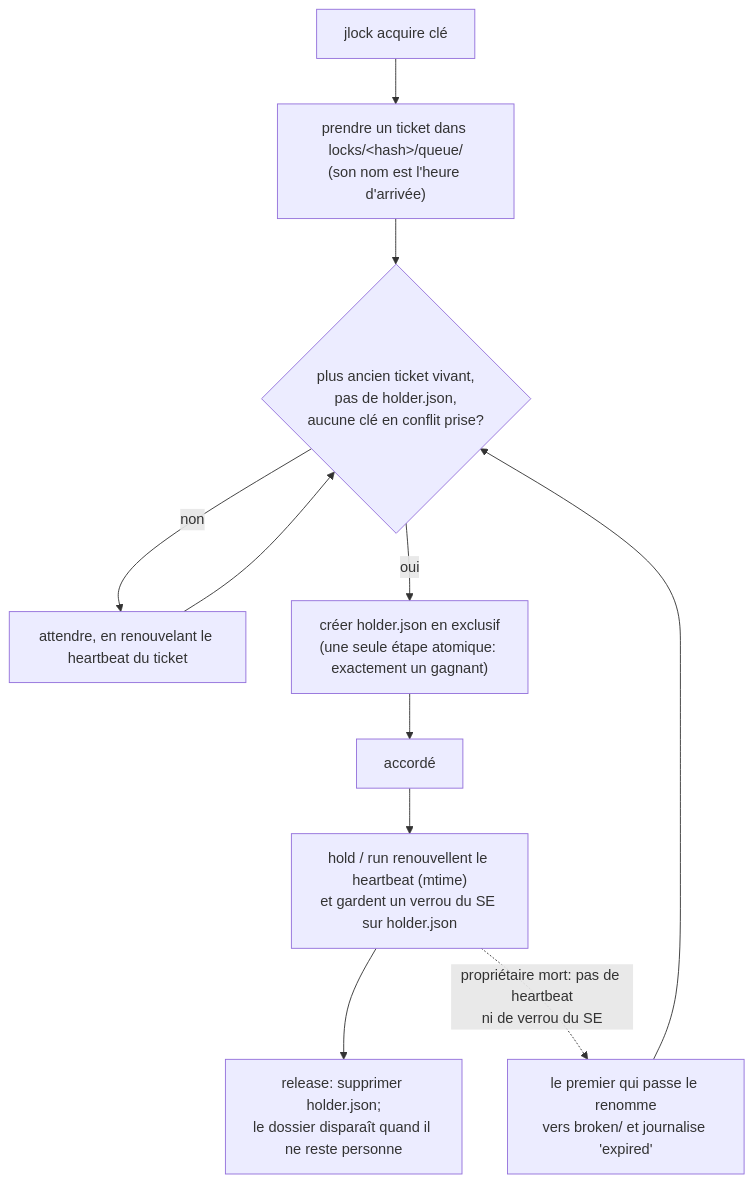
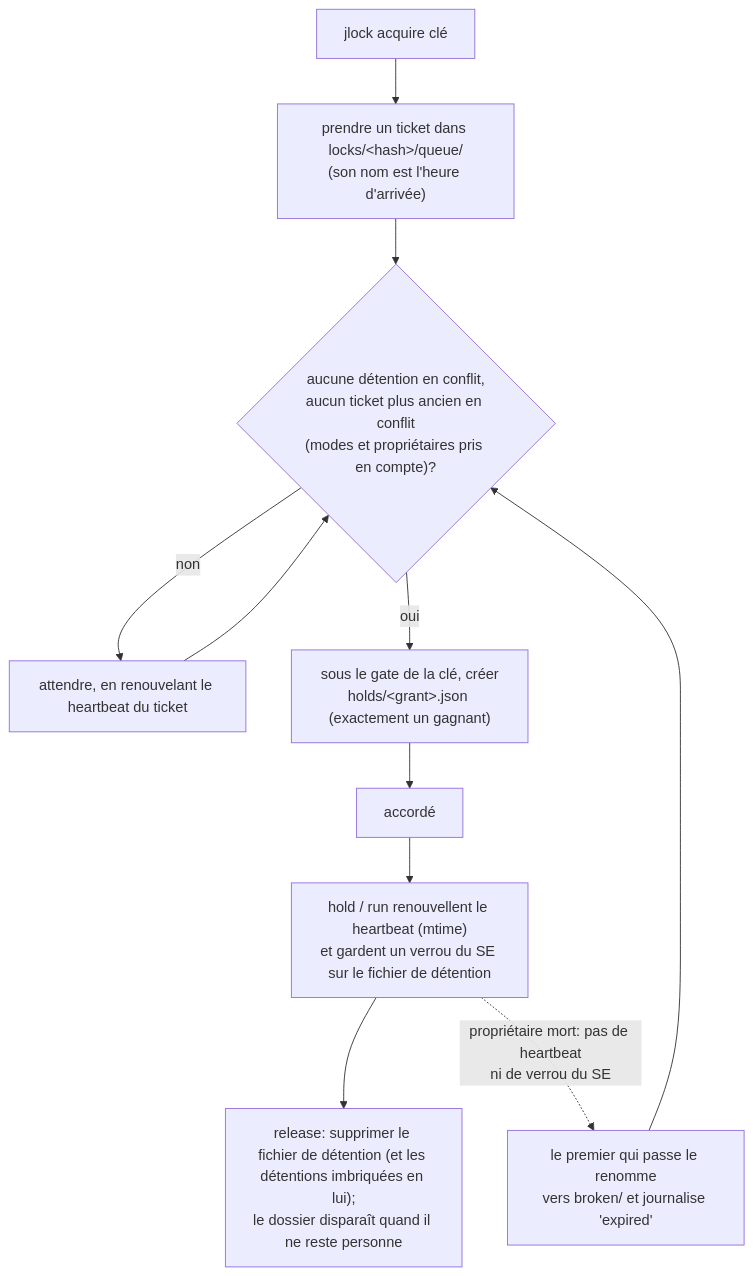
The diagram in README.fr.md (rodrigojager/jlock), drawn with Mermaid before and after one commit. The commit also changed other lines of this file and 10 other files, not shown here.

````diff
--- a/README.fr.md
+++ b/README.fr.md
@@ -223,12 +272,12 @@
 ```mermaid
 flowchart TD
     A["jlock acquire clé"] --> B["prendre un ticket dans locks/&lt;hash&gt;/queue/<br/>(son nom est l'heure d'arrivée)"]
-    B --> C{"plus ancien ticket vivant,<br/>pas de holder.json,<br/>aucune clé en conflit prise?"}
+    B --> C{"aucune détention en conflit,<br/>aucun ticket plus ancien en conflit<br/>(modes et propriétaires pris en compte)?"}
     C -- non --> W["attendre, en renouvelant le heartbeat du ticket"] --> C
-    C -- oui --> D["créer holder.json en exclusif<br/>(une seule étape atomique: exactement un gagnant)"]
+    C -- oui --> D["sous le gate de la clé, créer<br/>holds/&lt;grant&gt;.json (exactement un gagnant)"]
     D --> E["accordé"]
-    E --> H["hold / run renouvellent le heartbeat (mtime)<br/>et gardent un verrou du SE sur holder.json"]
-    H --> R["release: supprimer holder.json;<br/>le dossier disparaît quand il ne reste personne"]
+    E --> H["hold / run renouvellent le heartbeat (mtime)<br/>et gardent un verrou du SE sur le fichier de détention"]
+    H --> R["release: supprimer le fichier de détention (et les détentions imbriquées en lui);<br/>le dossier disparaît quand il ne reste personne"]
     H -. "propriétaire mort: pas de heartbeat<br/>ni de verrou du SE" .-> X["le premier qui passe le renomme<br/>vers broken/ et journalise 'expired'"]
     X --> C
 ```
````
